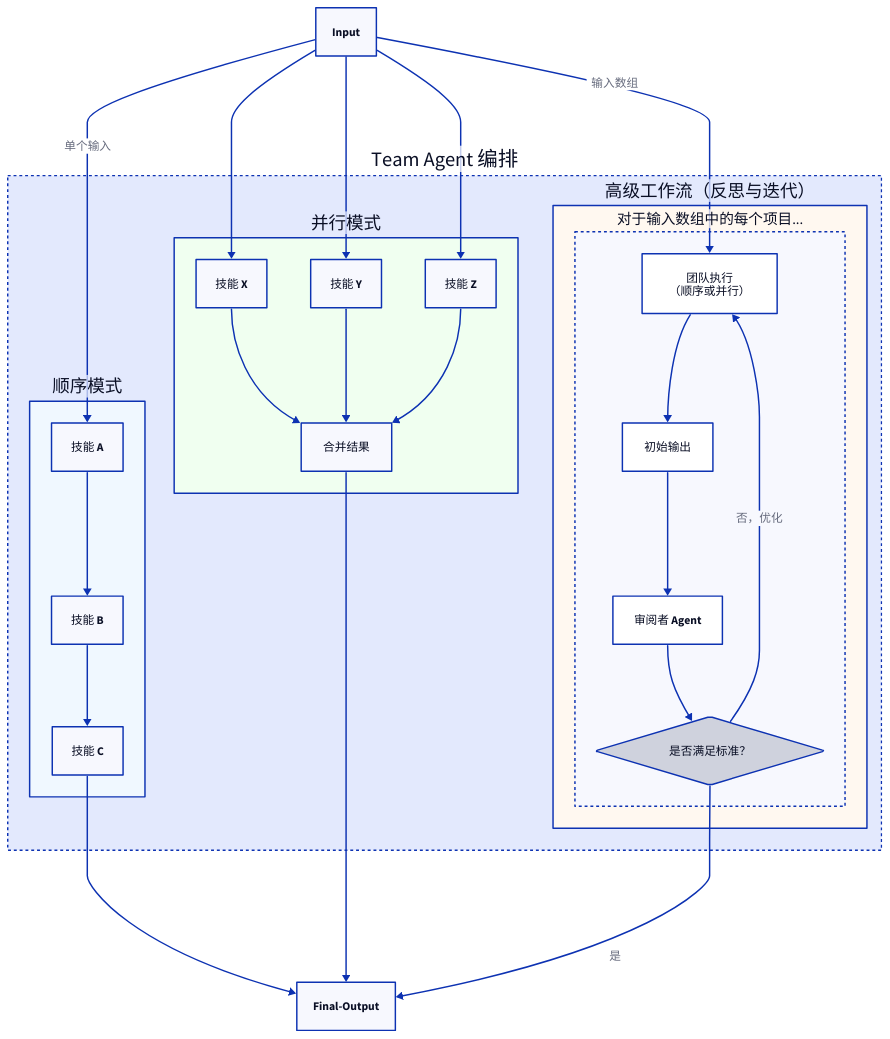
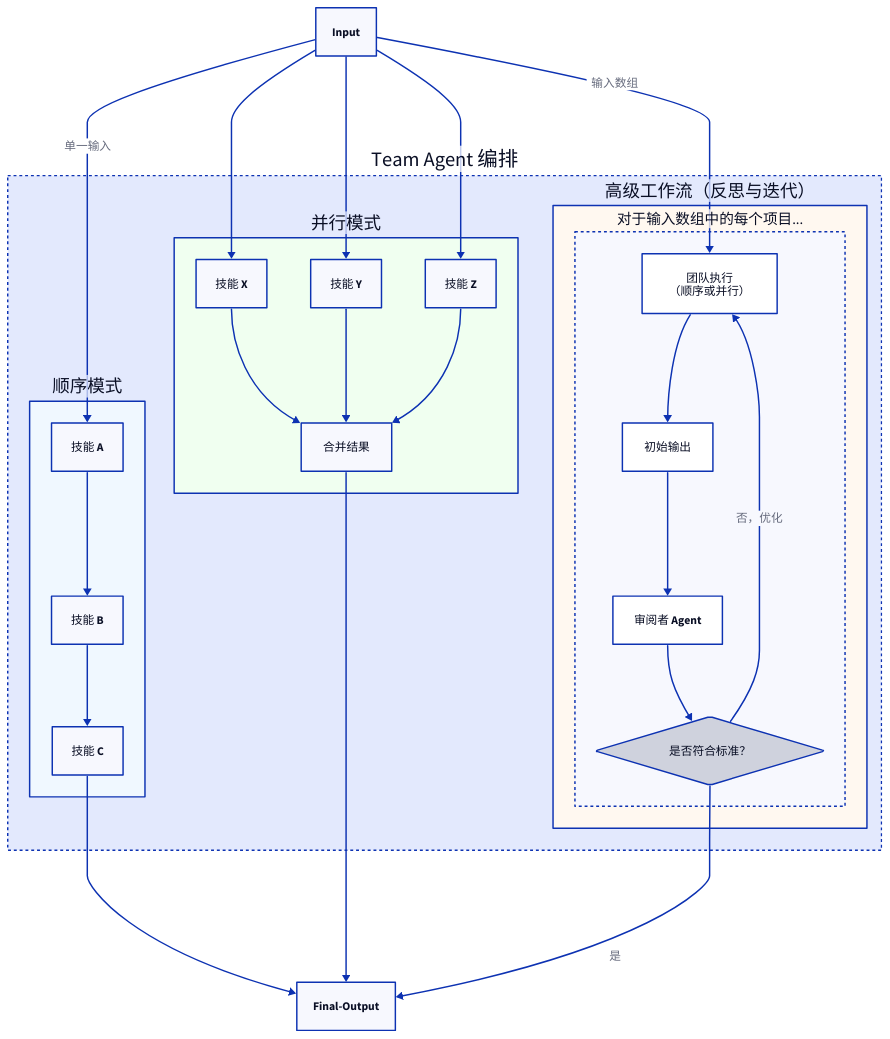
One commit to AIGNE-io/aigne-framework changed the diagram in .aigne/doc-smith/docs/user-guide-understanding-agents-agent-teams.zh.md. Above: the diagram before and after it, drawn with D2. The commit also changed other lines of this file and 141 other files, not shown here.

````diff
--- a/.aigne/doc-smith/docs/user-guide-understanding-agents-agent-teams.zh.md
+++ b/.aigne/doc-smith/docs/user-guide-understanding-agents-agent-teams.zh.md
@@ -19,70 +19,70 @@
 ```d2
 direction: down
 
 Input
 
 TeamAgent: {
   label: "Team Agent 编排"
   shape: rectangle
   style.stroke-dash: 2
 
   Sequential-Mode: {
     label: "顺序模式"
     shape: rectangle
     style.fill: "#f0f8ff"
     Skill-A: "技能 A"
     Skill-B: "技能 B"
     Skill-C: "技能 C"
     Skill-A -> Skill-B -> Skill-C
   }
 
   Parallel-Mode: {
     label: "并行模式"
     shape: rectangle
     style.fill: "#f0fff0"
     Skill-X: "技能 X"
     Skill-Y: "技能 Y"
     Skill-Z: "技能 Z"
     Combine-Results: "合并结果"
     Skill-X -> Combine-Results
     Skill-Y -> Combine-Results
     Skill-Z -> Combine-Results
   }
 
   Advanced-Workflow: {
     label: "高级工作流（反思与迭代）"
     shape: rectangle
     style.fill: "#fff8f0"
     Process-Item: {
       label: "对于输入数组中的每个项目..."
       shape: rectangle
       style.stroke-dash: 2
       Team-Execution: "团队执行\n（顺序或并行）"
       Initial-Output: "初始输出"
       Reviewer-Agent: "审阅者 Agent"
       Meets-Criteria: {
-        label: "是否满足标准？"
+        label: "是否符合标准？"
         shape: diamond
       }
       Team-Execution -> Initial-Output
       Initial-Output -> Reviewer-Agent
       Reviewer-Agent -> Meets-Criteria
       Meets-Criteria -> Team-Execution: "否，优化"
     }
   }
 }
 
 Final-Output
 
-Input -> TeamAgent.Sequential-Mode.Skill-A: "单个输入"
+Input -> TeamAgent.Sequential-Mode.Skill-A: "单一输入"
 TeamAgent.Sequential-Mode.Skill-C -> Final-Output
 
 Input -> TeamAgent.Parallel-Mode.Skill-X
 Input -> TeamAgent.Parallel-Mode.Skill-Y
 Input -> TeamAgent.Parallel-Mode.Skill-Z
 TeamAgent.Parallel-Mode.Combine-Results -> Final-Output
 
 Input -> TeamAgent.Advanced-Workflow.Process-Item.Team-Execution: "输入数组"
 TeamAgent.Advanced-Workflow.Process-Item.Meets-Criteria -> Final-Output: "是"
 
 ```
````
